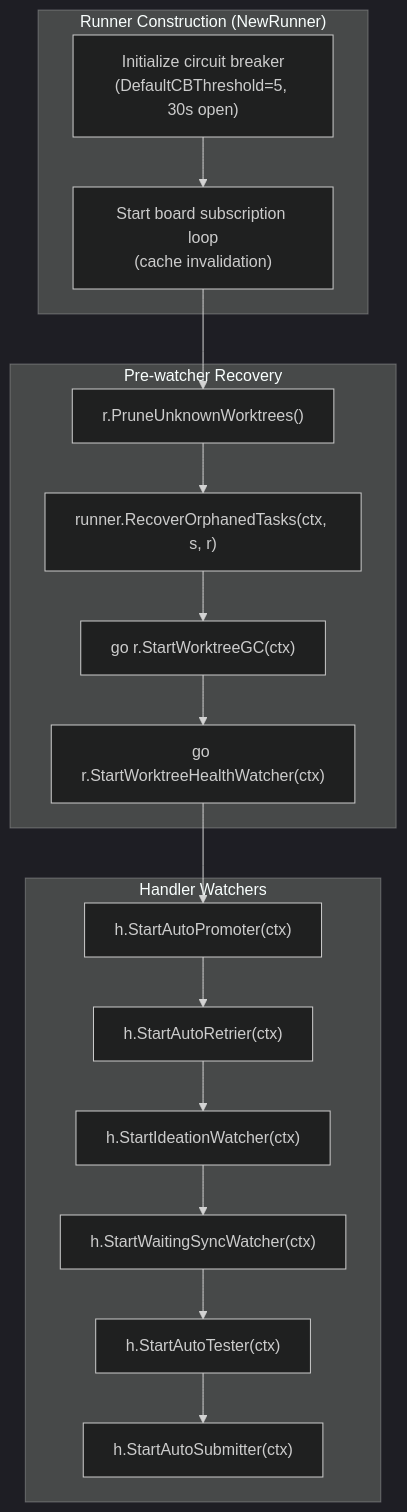
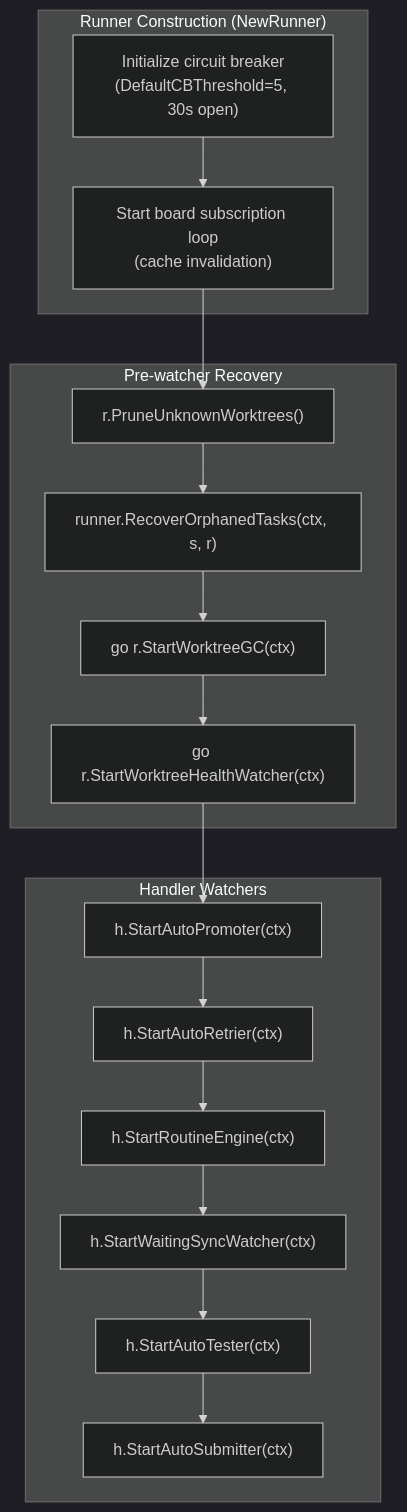
The first of 6 diagrams in docs/internals/automation.md (changkun/wallfacer), drawn with Mermaid (dark theme) before and after one commit. The commit also changed other lines of this file, not shown here.

First line of the commit message:
docs(internals): six-watcher inventory and oversight blob path

````diff
--- a/docs/internals/automation.md
+++ b/docs/internals/automation.md
@@ -31,26 +31,26 @@
 ```mermaid
 flowchart TD
     subgraph "Runner Construction (NewRunner)"
         A1["Initialize circuit breaker<br/>(DefaultCBThreshold=5, 30s open)"]
         A2["Start board subscription loop<br/>(cache invalidation)"]
     end
 
     subgraph "Pre-watcher Recovery"
         B1["r.PruneUnknownWorktrees()"]
         B2["runner.RecoverOrphanedTasks(ctx, s, r)"]
         B3["go r.StartWorktreeGC(ctx)"]
         B4["go r.StartWorktreeHealthWatcher(ctx)"]
     end
 
     subgraph "Handler Watchers"
         C1["h.StartAutoPromoter(ctx)"]
         C2["h.StartAutoRetrier(ctx)"]
-        C3["h.StartIdeationWatcher(ctx)"]
+        C3["h.StartRoutineEngine(ctx)"]
         C4["h.StartWaitingSyncWatcher(ctx)"]
         C5["h.StartAutoTester(ctx)"]
         C6["h.StartAutoSubmitter(ctx)"]
     end
 
     A1 --> A2 --> B1 --> B2 --> B3 --> B4
     B4 --> C1 --> C2 --> C3 --> C4 --> C5 --> C6
 ```
````
